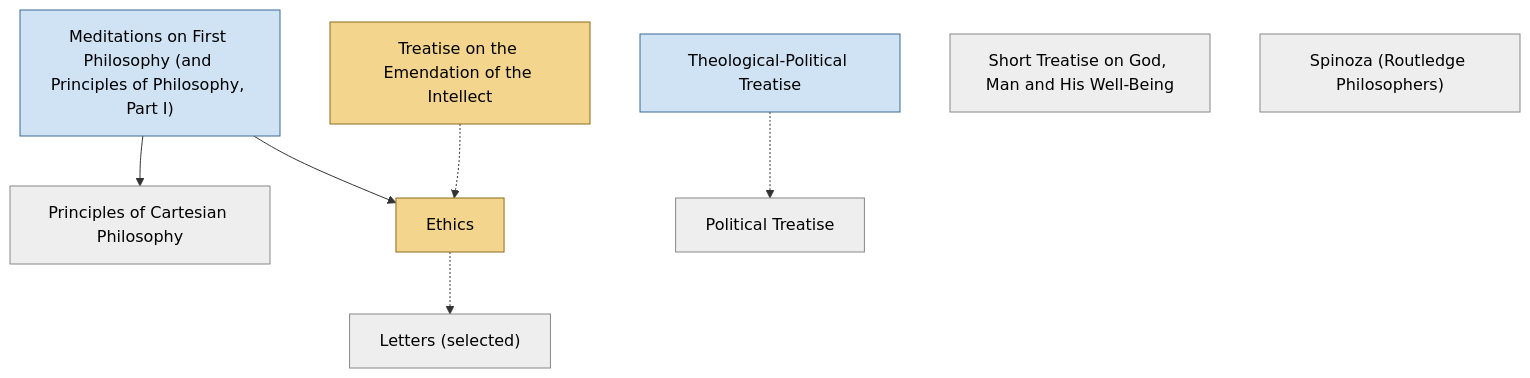
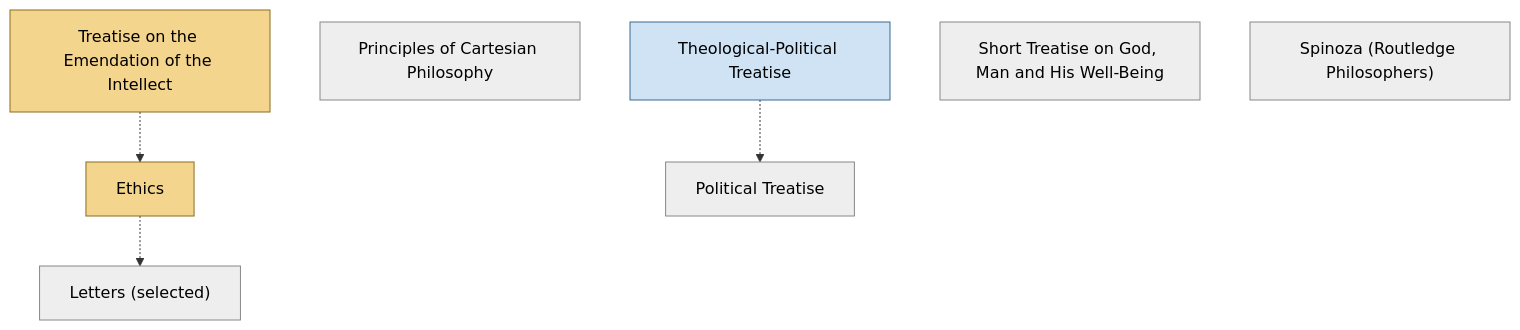
Before and after one commit to kwang2424/lit-chart-maker: the diagram in generated/spinoza.md, drawn with Mermaid. The commit also changed other lines of this file and 27 other files, not shown here.

````diff
--- a/generated/spinoza.md
+++ b/generated/spinoza.md
@@ -145,20 +138,17 @@
 ```mermaid
 graph TD
   tie["Treatise on the Emendation of the Intellect"]:::core
-  descartes["Meditations on First Philosophy (and Principles of Philosophy, Part I)"]:::extended
   ppc["Principles of Cartesian Philosophy"]:::optional
   ttp["Theological-Political Treatise"]:::extended
   ethics["Ethics"]:::core
   letters["Letters (selected)"]:::optional
   short_treatise["Short Treatise on God, Man and His Well-Being"]:::optional
   political_treatise["Political Treatise"]:::optional
   della_rocca["Spinoza (Routledge Philosophers)"]:::optional
-  descartes --> ppc
-  descartes --> ethics
   tie -.-> ethics
   ethics -.-> letters
   ttp -.-> political_treatise
   classDef core fill:#f4d58d,stroke:#8a6d1f,color:#000
   classDef extended fill:#cfe3f5,stroke:#3b6a91,color:#000
   classDef optional fill:#eeeeee,stroke:#888,color:#000
 ```
````
